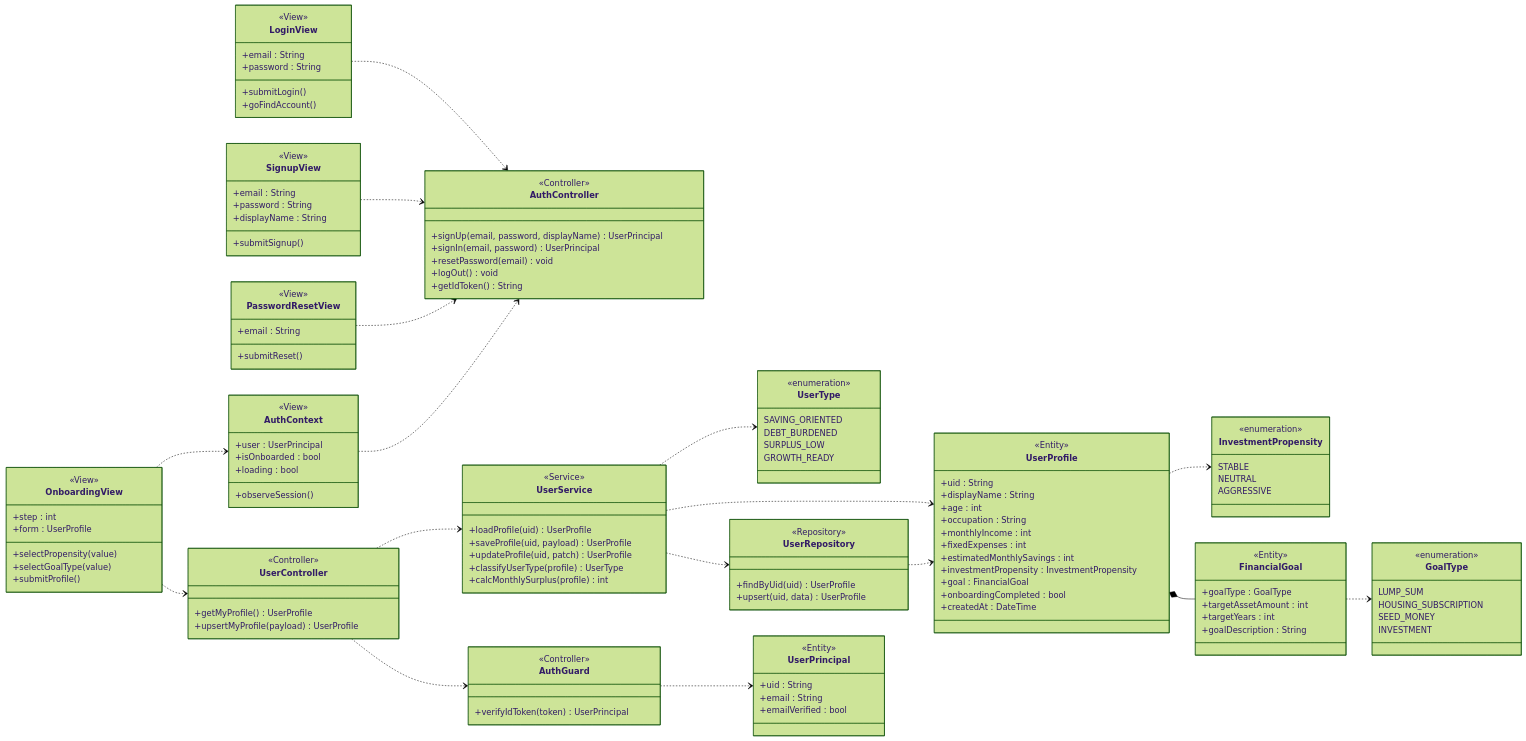
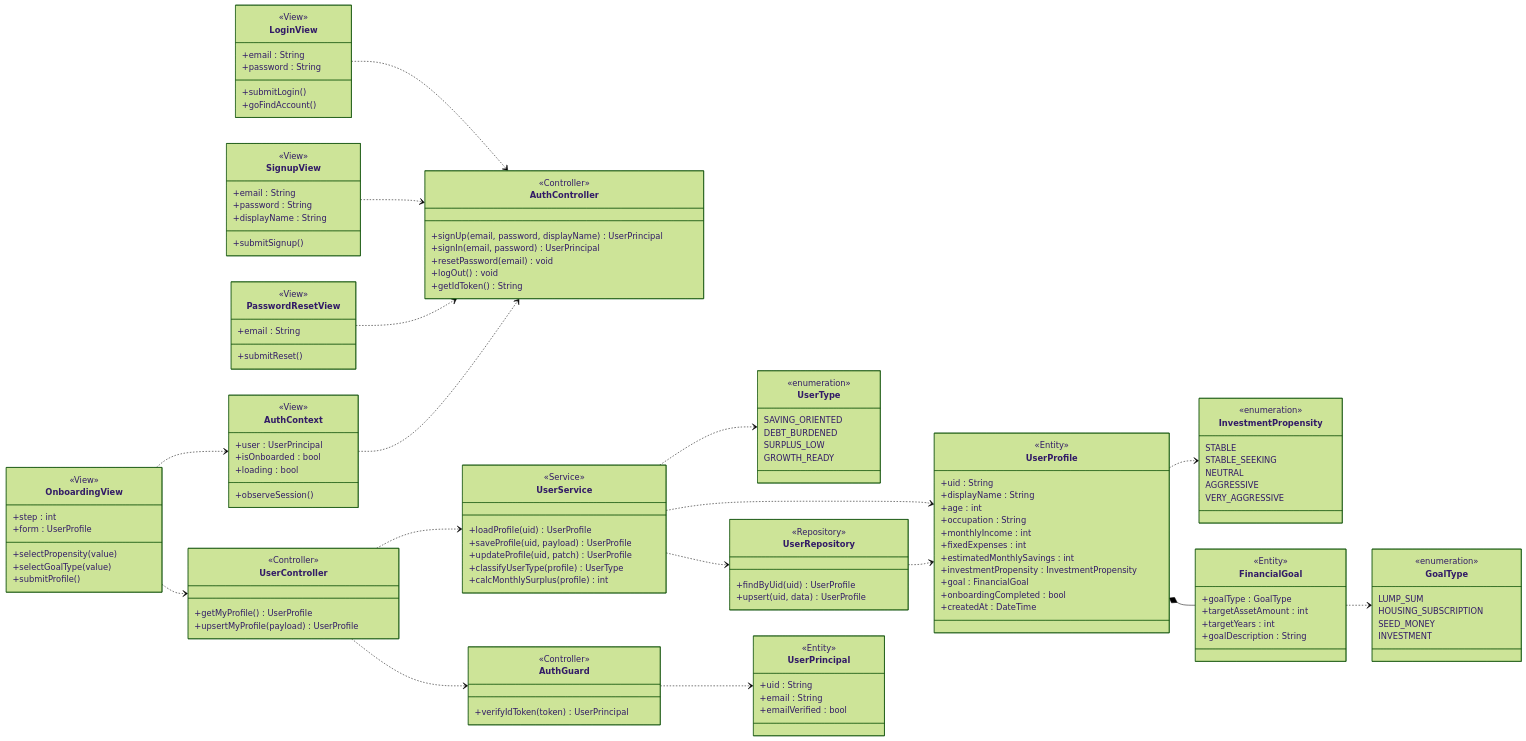
One commit to jjhok6389/Money-is-always-right changed the second of 6 diagrams in docs/클래스 다이어그램.md. Above: the diagram before and after it, drawn with Mermaid (forest theme). The commit also changed 10 other files, not shown here.

```diff
--- a/docs/클래스 다이어그램.md
+++ b/docs/클래스 다이어그램.md
@@ -249,8 +249,10 @@
     class InvestmentPropensity {
         <<enumeration>>
         STABLE
+        STABLE_SEEKING
         NEUTRAL
         AGGRESSIVE
+        VERY_AGGRESSIVE
     }
     class GoalType {
         <<enumeration>>
```
